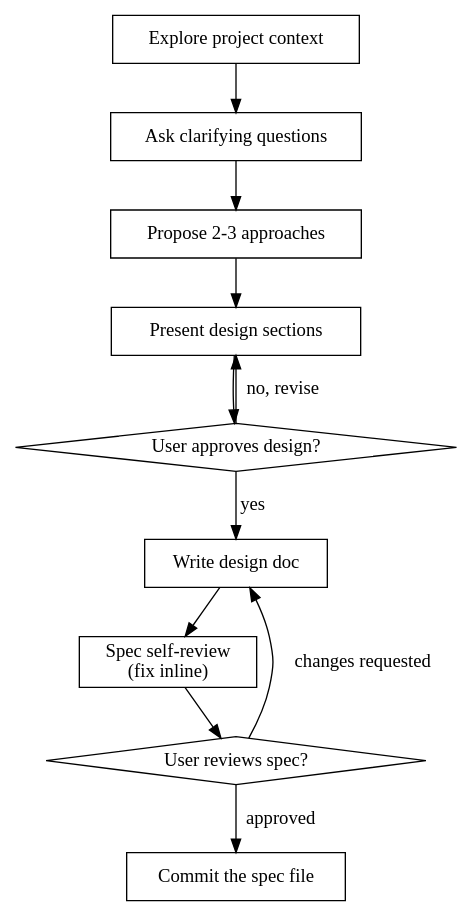
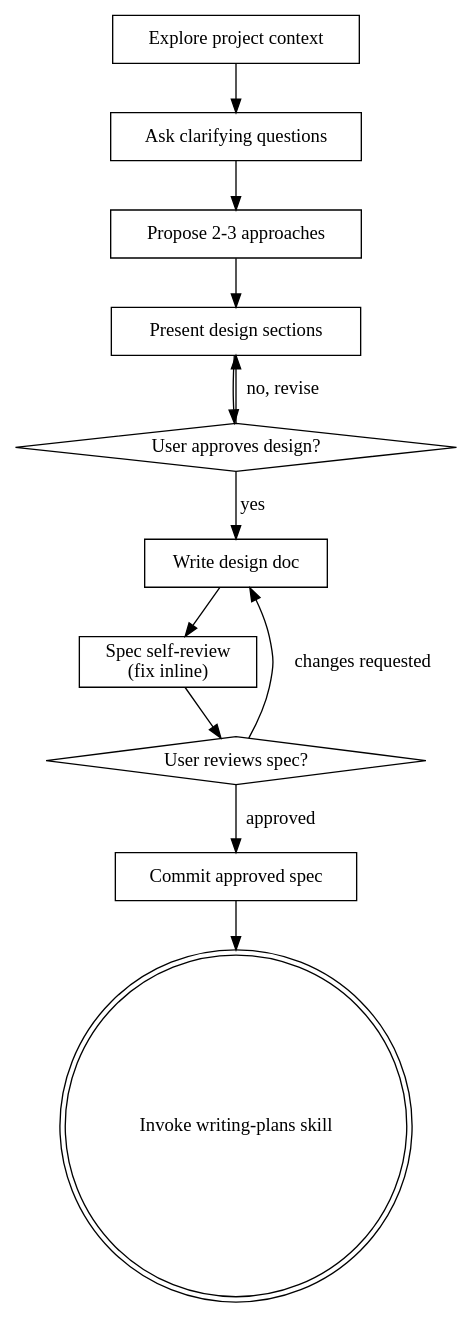
One commit to aitsuki/skills changed the diagram in skills/brainstorming/SKILL.md. Above: the diagram before and after it, drawn with Graphviz. The commit also changed other lines of this file and 5 other files, not shown here.

````diff
--- a/skills/brainstorming/SKILL.md
+++ b/skills/brainstorming/SKILL.md
@@ -35,24 +36,26 @@
 ```dot
 digraph brainstorming {
     "Explore project context" [shape=box];
     "Ask clarifying questions" [shape=box];
     "Propose 2-3 approaches" [shape=box];
     "Present design sections" [shape=box];
     "User approves design?" [shape=diamond];
     "Write design doc" [shape=box];
     "Spec self-review\n(fix inline)" [shape=box];
     "User reviews spec?" [shape=diamond];
-    "Commit the spec file" [shape=box];
+    "Commit approved spec" [shape=box];
+    "Invoke writing-plans skill" [shape=doublecircle];
 
     "Explore project context" -> "Ask clarifying questions";
     "Ask clarifying questions" -> "Propose 2-3 approaches";
     "Propose 2-3 approaches" -> "Present design sections";
     "Present design sections" -> "User approves design?";
     "User approves design?" -> "Present design sections" [label="no, revise"];
     "User approves design?" -> "Write design doc" [label="yes"];
     "Write design doc" -> "Spec self-review\n(fix inline)";
     "Spec self-review\n(fix inline)" -> "User reviews spec?";
     "User reviews spec?" -> "Write design doc" [label="changes requested"];
-    "User reviews spec?" -> "Commit the spec file" [label="approved"];
+    "User reviews spec?" -> "Commit approved spec" [label="approved"];
+    "Commit approved spec" -> "Invoke writing-plans skill";
 }
 ```
````
